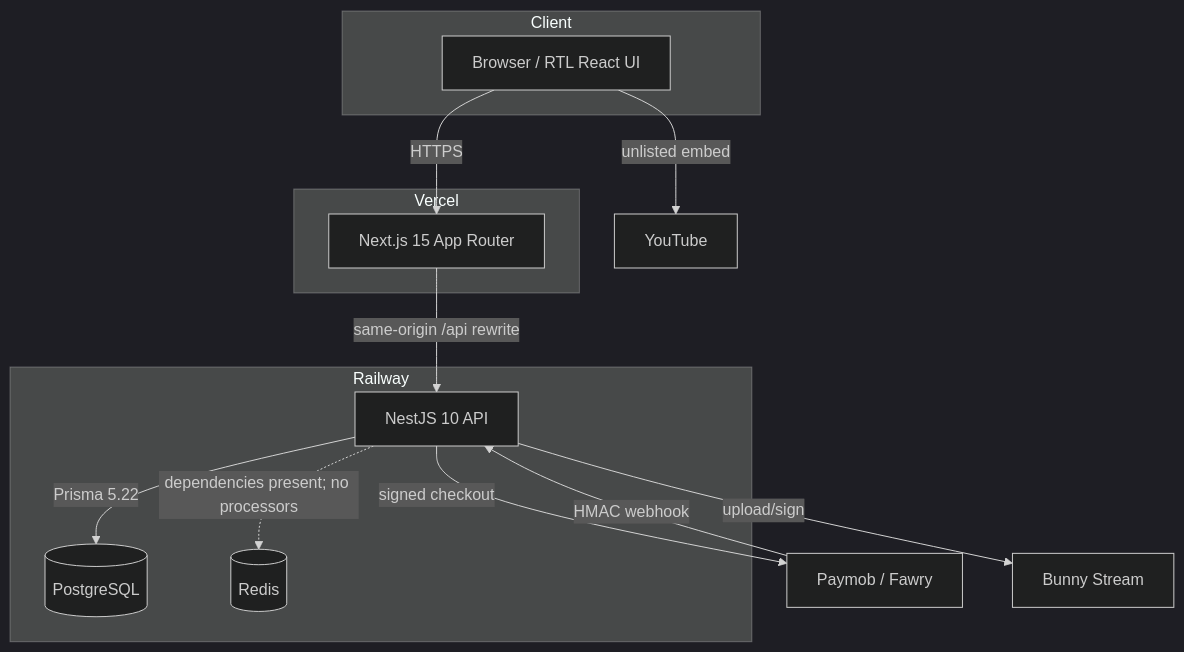
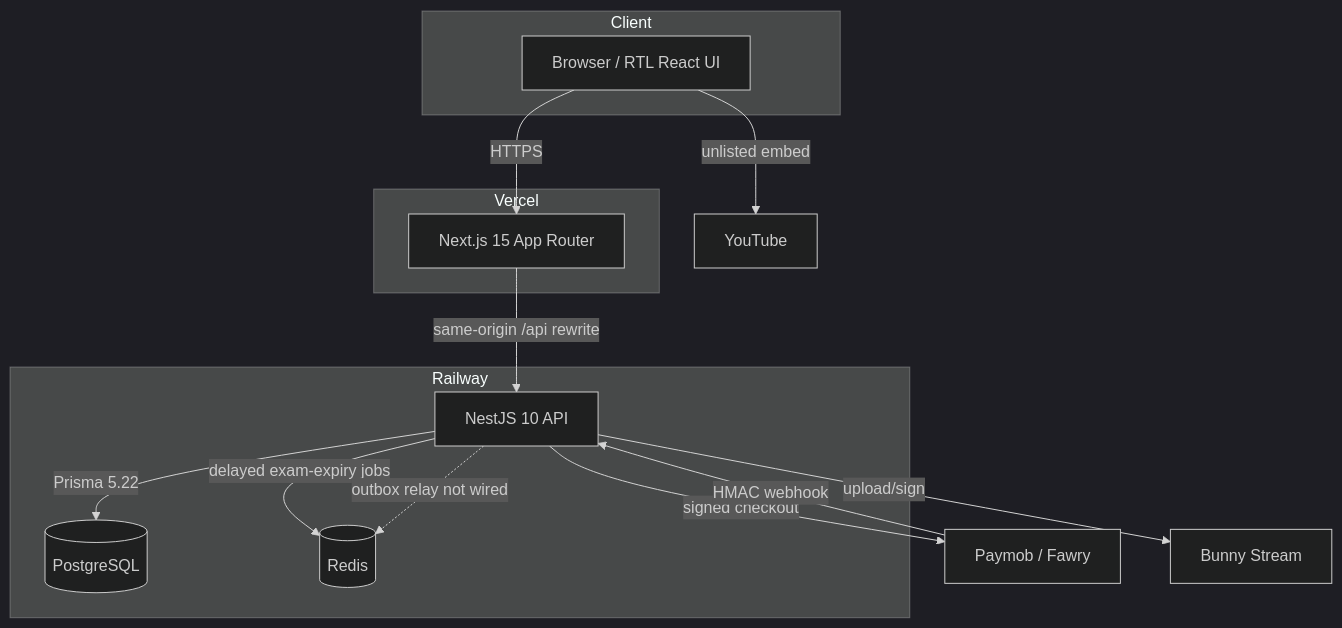
Before and after one commit to omarahameds2010-lab/sanad-edtech: the diagram in docs/ARCHITECTURE.md, drawn with Mermaid (dark theme). The commit also changed other lines of this file and 8 other files, not shown here.

Commit message:
docs: record the exam-expiry worker and 18 November state

````diff
--- a/docs/ARCHITECTURE.md
+++ b/docs/ARCHITECTURE.md
@@ -7,25 +7,26 @@
 ```mermaid
 flowchart TB
     subgraph Client
         B[Browser / RTL React UI]
     end
 
     subgraph Vercel
         W[Next.js 15 App Router]
     end
 
     subgraph Railway
         A[NestJS 10 API]
         P[(PostgreSQL)]
         R[(Redis)]
     end
 
     B -->|HTTPS| W
     W -->|same-origin /api rewrite| A
     A -->|Prisma 5.22| P
-    A -.->|dependencies present; no processors| R
+    A -->|delayed exam-expiry jobs| R
+    A -.->|outbox relay not wired| R
     A -->|signed checkout| PAY[Paymob / Fawry]
     A -->|upload/sign| BUN[Bunny Stream]
     B -->|unlisted embed| YT[YouTube]
     PAY -->|HMAC webhook| A
 ```
````
